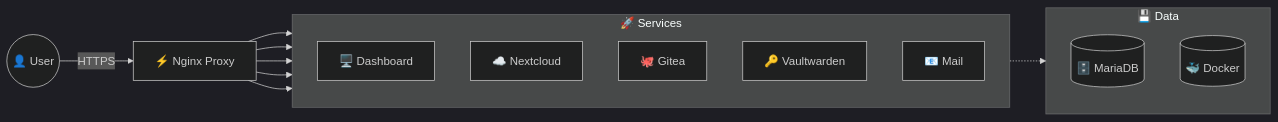
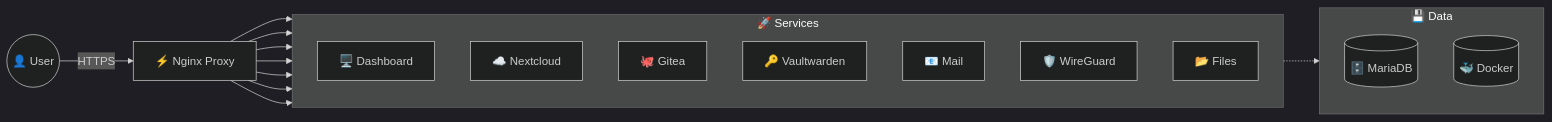
The diagram in README.md (Cylae/server_script), drawn with Mermaid (dark theme) before and after one commit. The commit also changed other lines of this file and 2 other files, not shown here.

First line of the commit message:
Refactor server manager script and add new features (WireGuard, FileBrowser)

````diff
--- a/README.md
+++ b/README.md
@@ -20,30 +20,34 @@
 ```mermaid
 graph LR
     %% Nodes
     User(("👤 User"))
     Nginx["⚡ Nginx Proxy"]
     
     subgraph Services ["🚀 Services"]
         direction TB
         Dash["🖥️ Dashboard"]
         Cloud["☁️ Nextcloud"]
         Git["🐙 Gitea"]
         Pass["🔑 Vaultwarden"]
         Mail["📧 Mail"]
+        Wire["🛡️ WireGuard"]
+        Files["📂 Files"]
     end
     
     subgraph Data ["💾 Data"]
         DB[("🗄️ MariaDB")]
         Docker[("🐳 Docker")]
     end
 
     %% Flow
     User -->|HTTPS| Nginx
     Nginx --> Dash
     Nginx --> Cloud
     Nginx --> Git
     Nginx --> Pass
     Nginx --> Mail
+    Nginx --> Wire
+    Nginx --> Files
     
     Services -.-> Data
 ```
````
